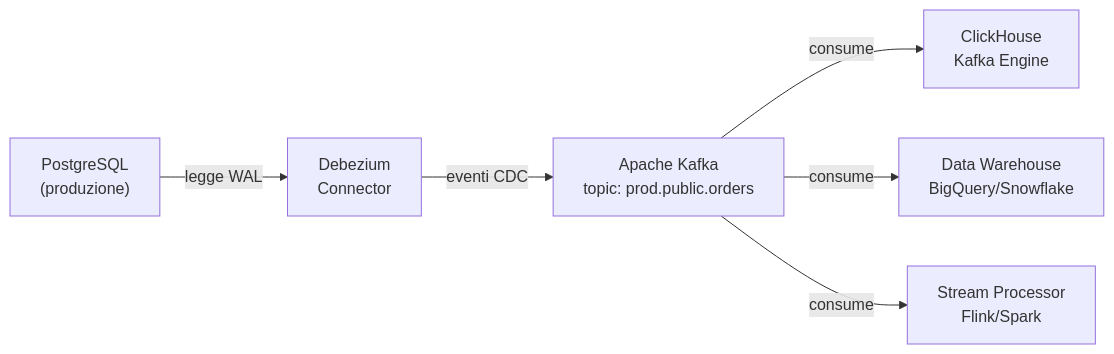
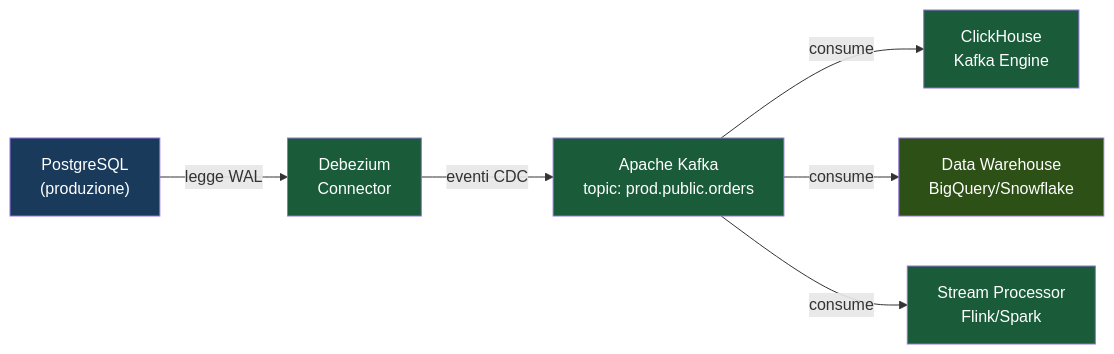
One commit to AndreyBertasini/gynnitech changed the diagram in src/content/corso/real-time-analytics/cdc-pattern.mdx. Above: the diagram before and after it, drawn with Mermaid. The commit also changed 21 other files, not shown here.

First line of the commit message:
style: applica color scheme semantico a tutti i diagrammi Mermaid del corso

````diff
--- a/src/content/corso/real-time-analytics/cdc-pattern.mdx
+++ b/src/content/corso/real-time-analytics/cdc-pattern.mdx
@@ -88,8 +88,14 @@
 ```mermaid
 graph LR
     A["PostgreSQL\n(produzione)"] -->|"legge WAL"| B["Debezium\nConnector"]
     B -->|"eventi CDC"| C["Apache Kafka\ntopic: prod.public.orders"]
     C -->|"consume"| D["ClickHouse\nKafka Engine"]
     C -->|"consume"| E["Data Warehouse\nBigQuery/Snowflake"]
     C -->|"consume"| F["Stream Processor\nFlink/Spark"]
+    style A fill:#1a3a5c,color:#ffffff
+    style B fill:#1a5c3a,color:#ffffff
+    style C fill:#1a5c3a,color:#ffffff
+    style D fill:#1a5c3a,color:#ffffff
+    style E fill:#2d5016,color:#ffffff
+    style F fill:#1a5c3a,color:#ffffff
 ```
````
